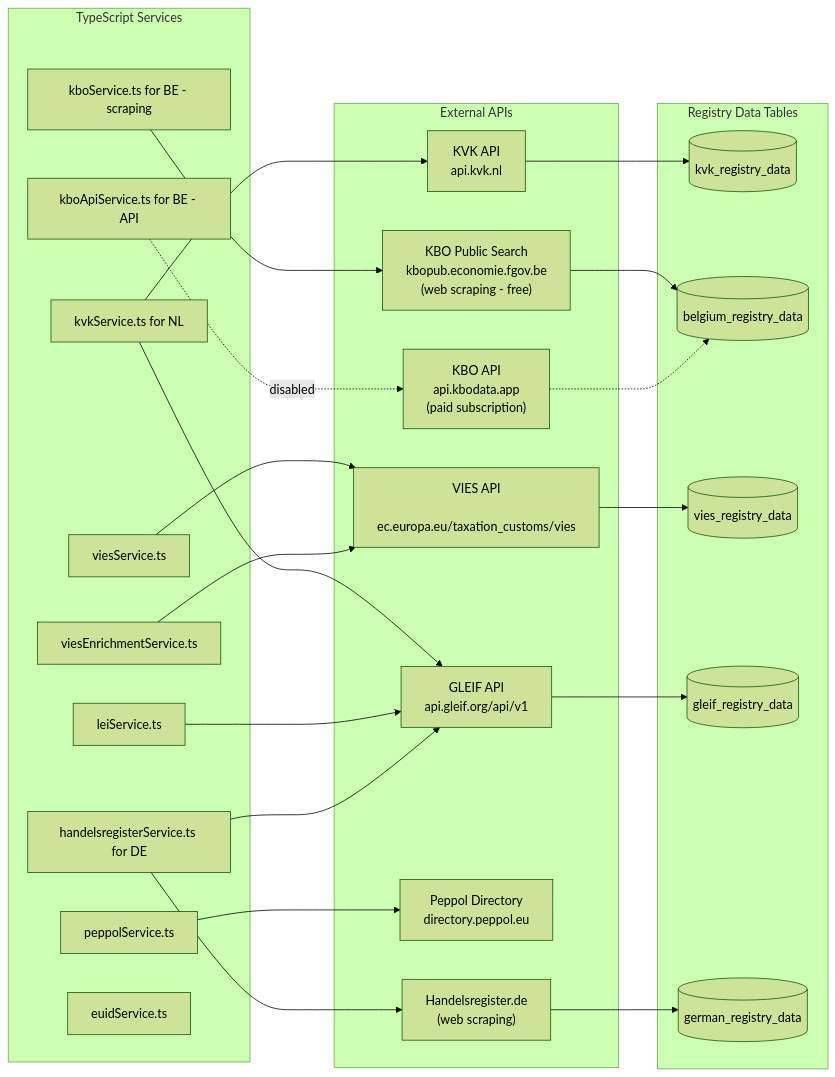
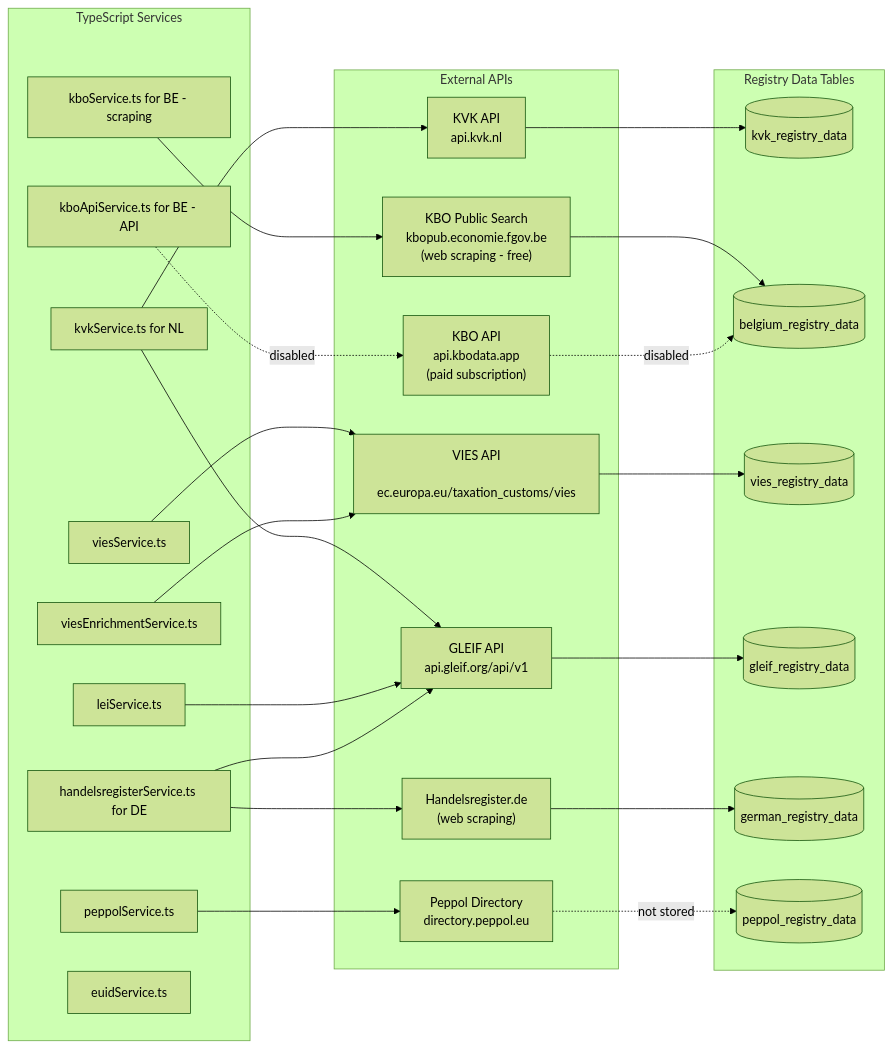
The fifth of 8 diagrams in docs/ENRICHMENT_ARCHITECTURE.md (DeNoronha/ctn-asr-demo), drawn with Mermaid (forest theme) before and after one commit. The commit also changed other lines of this file, not shown here.

Commit message:
docs: update diagram to reflect belgium_registry_data is deployed and in use
- Table is deployed via migration 059
- beEnrichmentService.ts already stores scraped KBO data
- Updated mermaid diagram to show solid connections instead of 'pending'

🤖 Generated with [Claude Code](https://claude.com/claude-code)

````diff
--- a/docs/ENRICHMENT_ARCHITECTURE.md
+++ b/docs/ENRICHMENT_ARCHITECTURE.md
@@ -387,59 +387,61 @@
 ```mermaid
 flowchart LR
     subgraph Services["TypeScript Services"]
         KVK_SVC[kvkService.ts for NL]
         KBO_SVC[kboService.ts for BE - scraping]
         KBO_API_SVC[kboApiService.ts for BE - API]
         VIES_SVC[viesService.ts]
         VIES_ENRICH[viesEnrichmentService.ts]
         LEI_SVC[leiService.ts]
         HR_SVC[handelsregisterService.ts for DE]
         PEPPOL_SVC[peppolService.ts]
         EUID_SVC[euidService.ts]
     end
 
     subgraph APIs["External APIs"]
         KVK_API["KVK API
         api.kvk.nl"]
         KBO_WEB["KBO Public Search
         kbopub.economie.fgov.be
         (web scraping - free)"]
         KBO_API["KBO API
         api.kbodata.app
         (paid subscription)"]
         VIES_API["VIES API
         ec.europa.eu/taxation_customs/vies"]
         GLEIF_API["GLEIF API
         api.gleif.org/api/v1"]
         PEPPOL_API["Peppol Directory
         directory.peppol.eu"]
         HR_WEB["Handelsregister.de
         (web scraping)"]
     end
 
     subgraph Data["Registry Data Tables"]
         KVK_DATA[(kvk_registry_data)]
         BE_DATA[(belgium_registry_data)]
         VIES_DATA[(vies_registry_data)]
         GLEIF_DATA[(gleif_registry_data)]
         DE_DATA[(german_registry_data)]
+        PEPPOL_DATA[(peppol_registry_data)]
     end
 
     KVK_SVC --> KVK_API
     KVK_SVC --> GLEIF_API
     KBO_SVC --> KBO_WEB
     KBO_API_SVC -.->|disabled| KBO_API
     VIES_SVC --> VIES_API
     VIES_ENRICH --> VIES_API
     LEI_SVC --> GLEIF_API
     HR_SVC --> HR_WEB
     HR_SVC --> GLEIF_API
     PEPPOL_SVC --> PEPPOL_API
 
     KVK_API --> KVK_DATA
     KBO_WEB --> BE_DATA
-    KBO_API -.-> BE_DATA
+    KBO_API -.->|disabled| BE_DATA
     VIES_API --> VIES_DATA
     GLEIF_API --> GLEIF_DATA
     HR_WEB --> DE_DATA
+    PEPPOL_API -.->|not stored| PEPPOL_DATA
 ```
````
